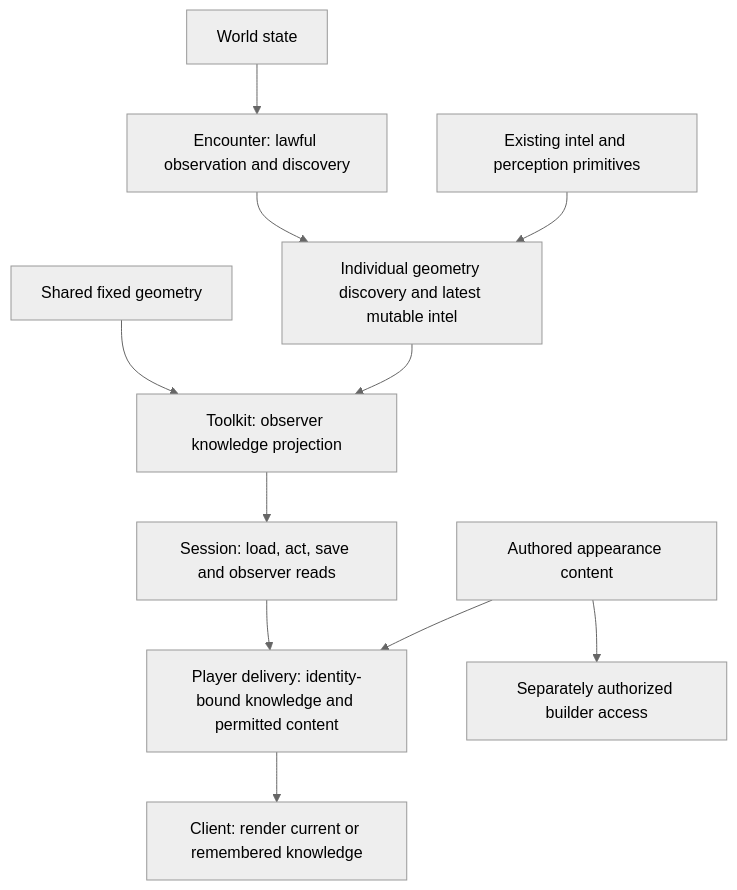
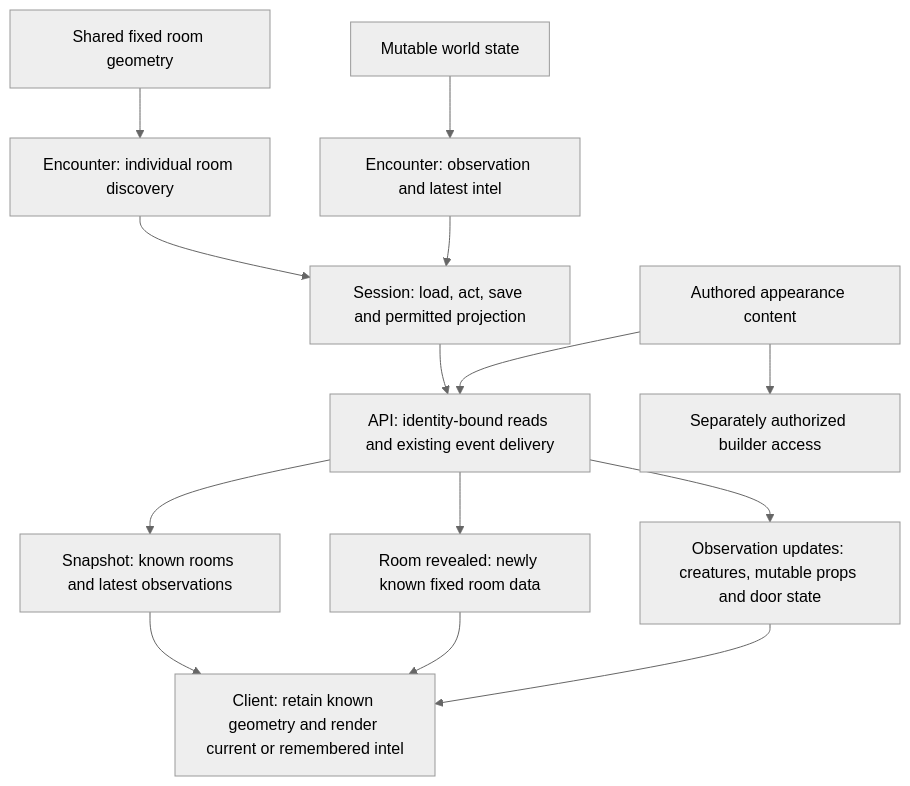
The diagram in ideas/dungeon-intel/design.md (KirkDiggler/rpg-project), drawn with Mermaid (neutral theme) before and after one commit. The commit also changed other lines of this file and 1 other file, not shown here.

Commit message:
docs(dungeon-intel): separate room reveals from mutable observations

````diff
--- a/ideas/dungeon-intel/design.md
+++ b/ideas/dungeon-intel/design.md
@@ -5,13 +5,16 @@
 ```mermaid
 flowchart TD
-    W[World state] --> O[Encounter: lawful observation and discovery]
-    O --> K[Individual geometry discovery and latest mutable intel]
-    I[Existing intel and perception primitives] --> K
-    G[Shared fixed geometry] --> P[Toolkit: observer knowledge projection]
-    K --> P
-    P --> S[Session: load, act, save and observer reads]
-    S --> D[Player delivery: identity-bound knowledge and permitted content]
+    G[Shared fixed room geometry] --> K[Encounter: individual room discovery]
+    W[Mutable world state] --> O[Encounter: observation and latest intel]
+    K --> S[Session: load, act, save and permitted projection]
+    O --> S
+    S --> D[API: identity-bound reads and existing event delivery]
+    D --> N[Snapshot: known rooms and latest observations]
+    D --> R[Room revealed: newly known fixed room data]
+    D --> U[Observation updates: creatures, mutable props and door state]
+    N --> V[Client: retain known geometry and render current or remembered intel]
+    R --> V
+    U --> V
     C[Authored appearance content] --> D
-    D --> V[Client: render current or remembered knowledge]
     C --> B[Separately authorized builder access]
 ```
````
